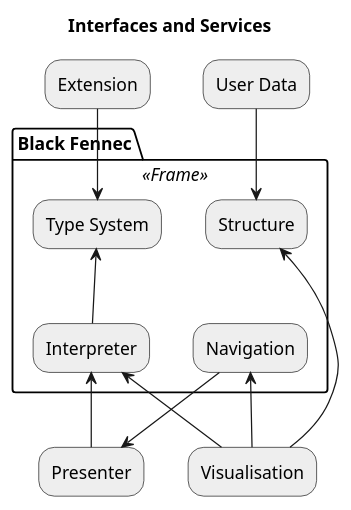
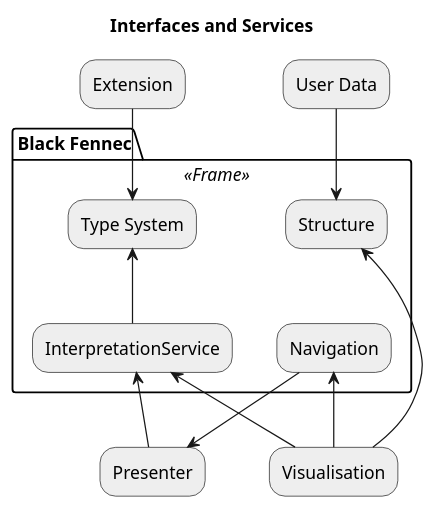
One commit to blackfennec-org/blackfennec changed the second of 2 diagrams in docs/source/documentation/architecture.rst. Above: the diagram before and after it, drawn with PlantUML. The commit also changed other lines of this file and 17 other files, not shown here.

Commit message:
Rename interpreter to interpretation service

```diff
--- a/docs/source/documentation/architecture.rst
+++ b/docs/source/documentation/architecture.rst
@@ -40,40 +40,40 @@
 .. uml::
     
     @startuml
 
     skinparam rectangle {
         BackgroundColor #EEE
         ArrowColor Black
         BorderColor Black
         roundCorner 25
     }
 
     title Interfaces and Services
 
 
 
     package "Black Fennec" <<Frame>> {
         rectangle Navigation
-        rectangle Interpreter
+        rectangle InterpretationService
         rectangle Structure
         rectangle "Type System" as TS
 
-        Interpreter     -up->           TS
+        InterpretationService     -up->           TS
         Structure       -[hidden]->     Navigation
     }
 
 
     rectangle Presenter
     rectangle Visualisation
     rectangle Extension
     rectangle "User Data" as UA
 
-    Presenter       -up->       Interpreter
+    Presenter       -up->       InterpretationService
     Navigation      -->         Presenter
     Visualisation   -up->       Navigation
-    Visualisation   -up->       Interpreter
+    Visualisation   -up->       InterpretationService
     Extension       -->         TS
     UA              -->         Structure
     Visualisation   -->         Structure
 
     @enduml
```
